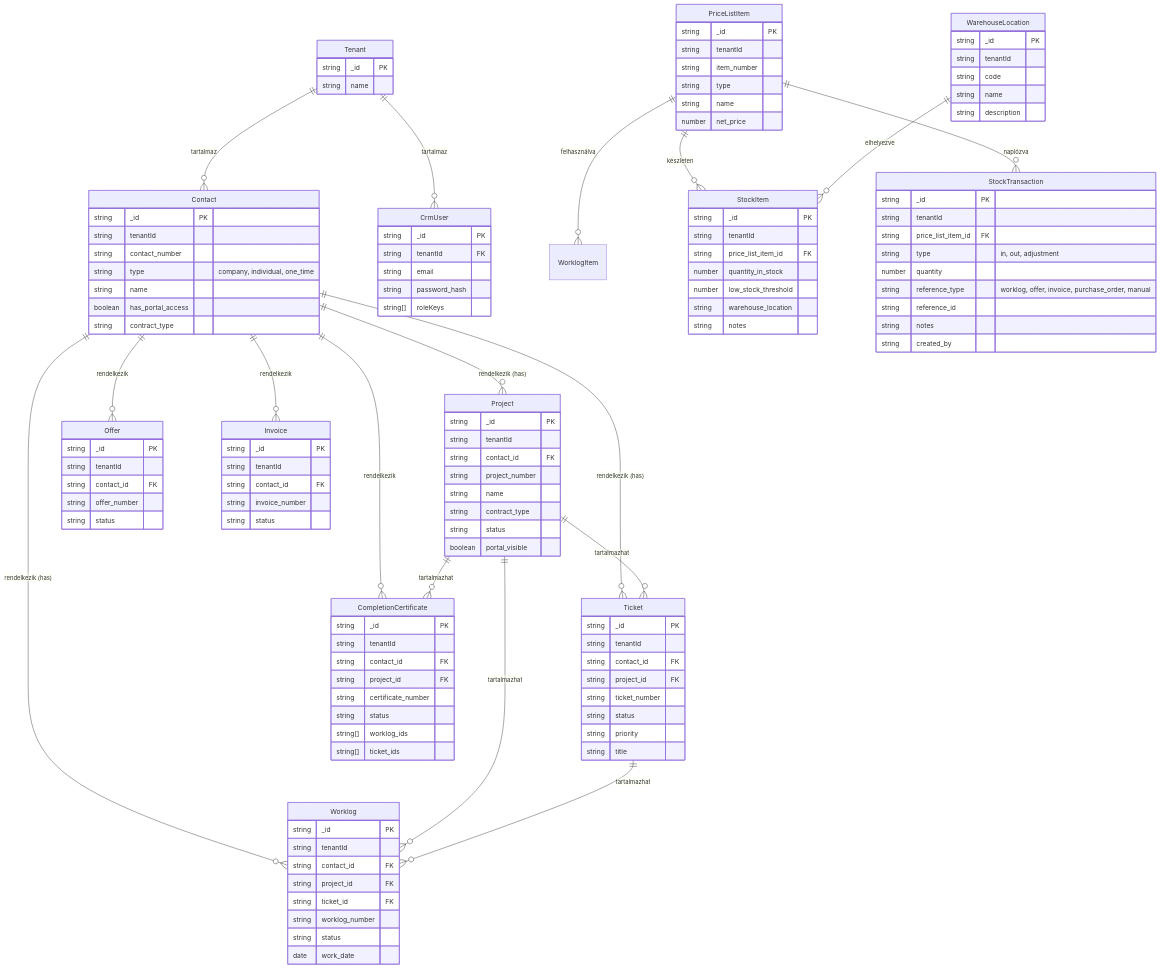
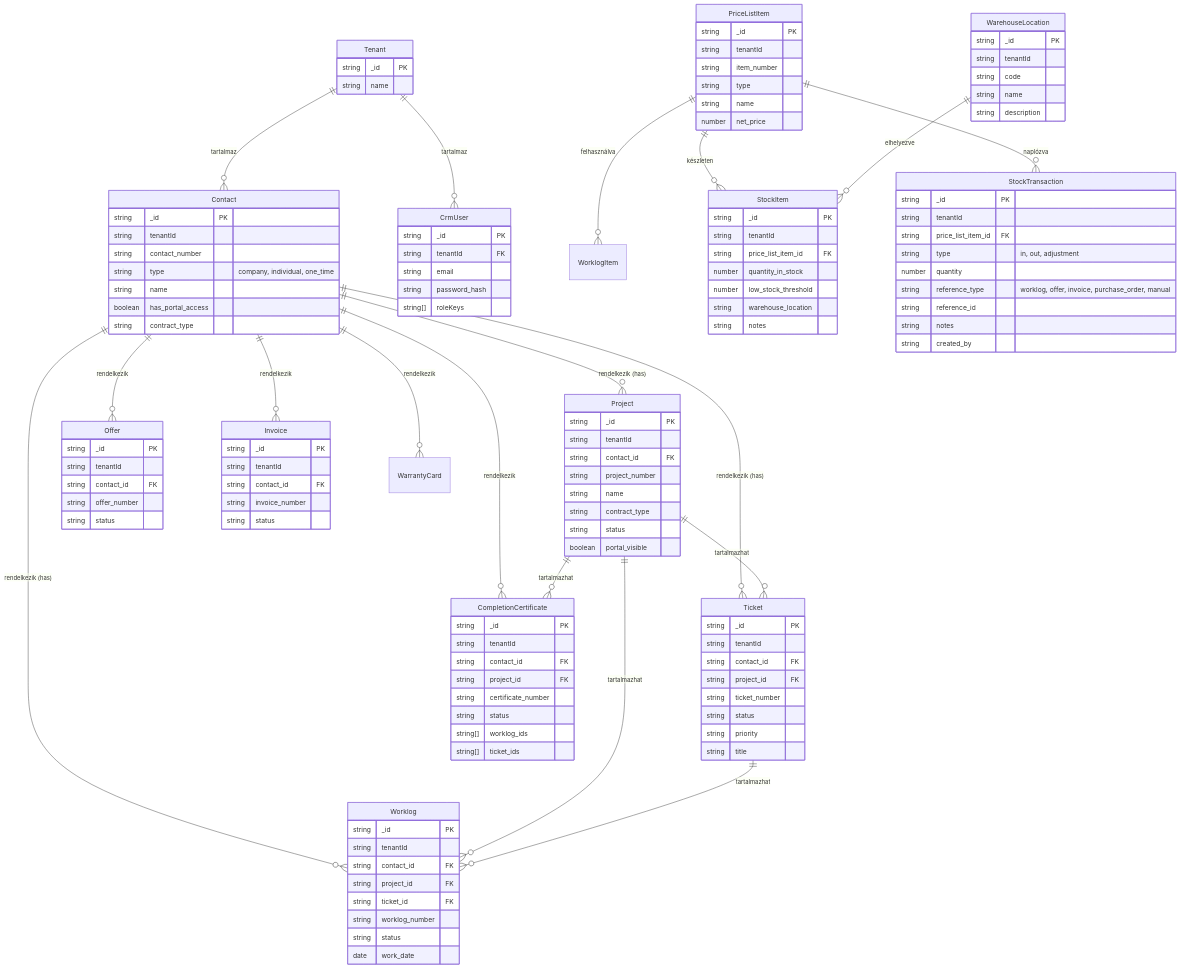
Before and after one commit to davids-src/SIRONIC_IntraSystem: the diagram in DATABASE.md, drawn with Mermaid. The commit also changed other lines of this file and 19 other files, not shown here.

```diff
--- a/DATABASE.md
+++ b/DATABASE.md
@@ -27,6 +27,7 @@
     PriceListItem ||--o{ StockItem : "készleten"
     PriceListItem ||--o{ StockTransaction : "naplózva"
     WarehouseLocation ||--o{ StockItem : "elhelyezve"
+    Contact ||--o{ WarrantyCard : "rendelkezik"
 
     Contact {
         string _id PK
```
